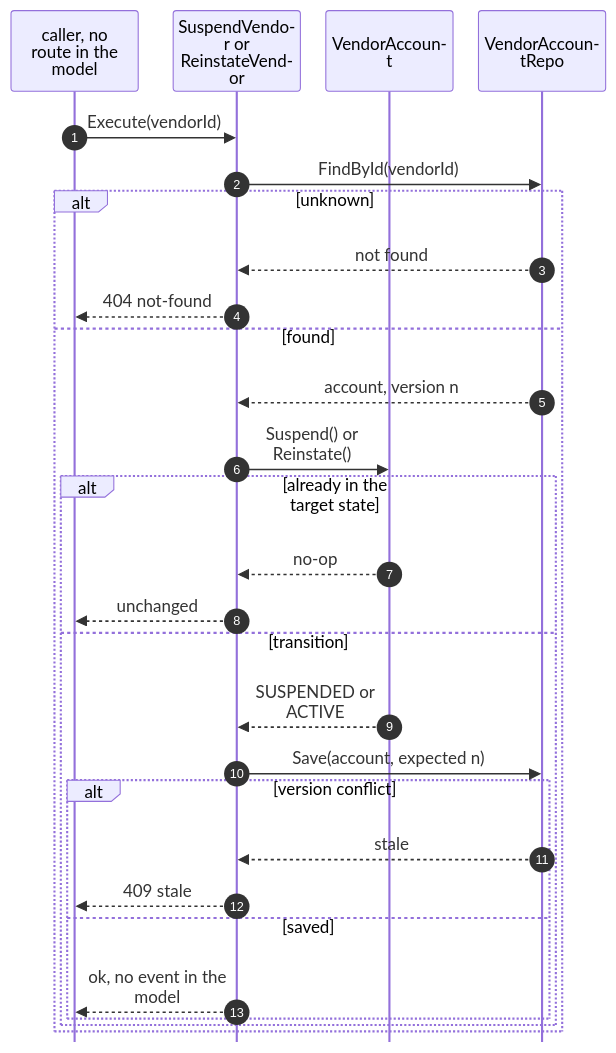
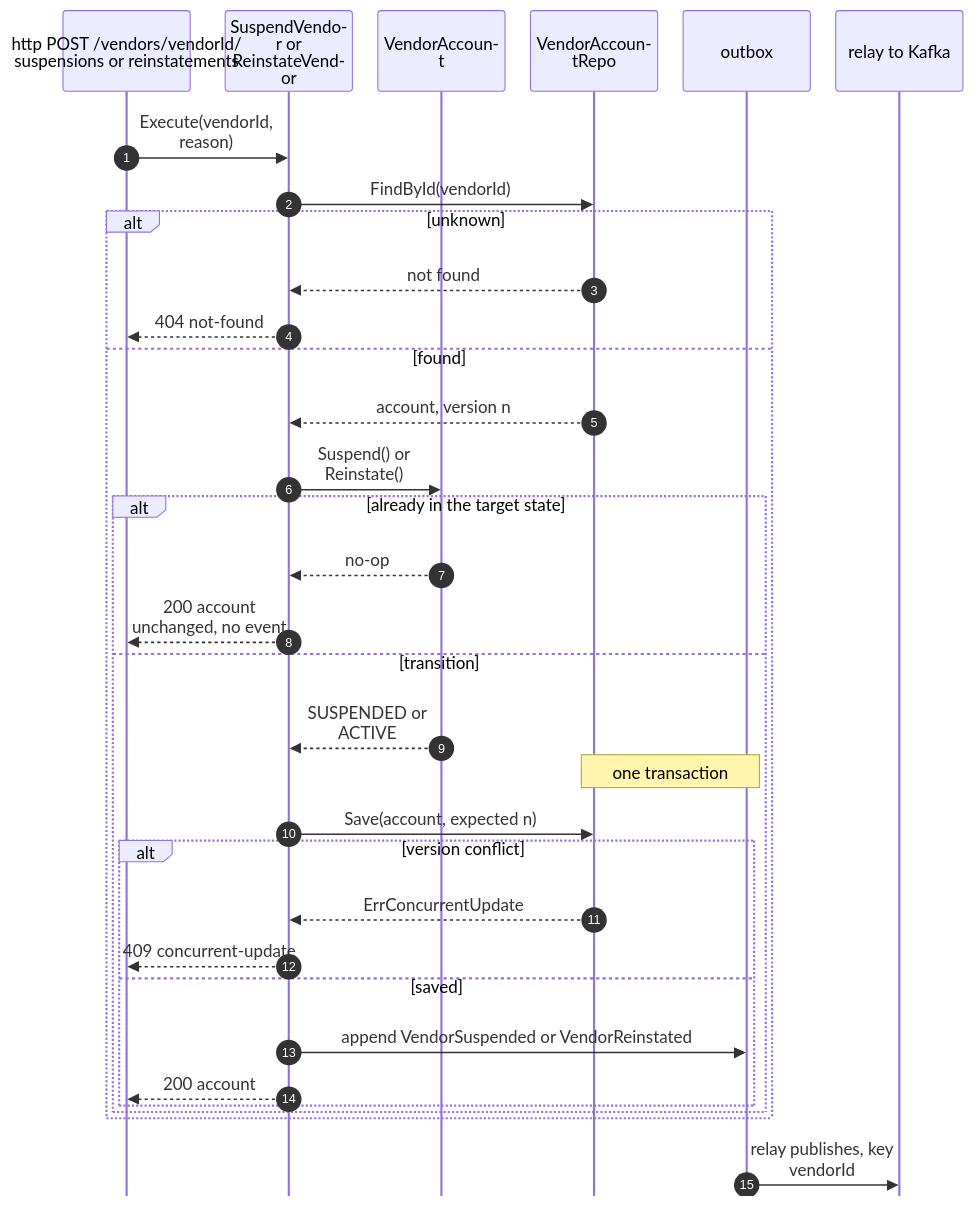
One commit to IQVO/warehouse-docs changed the second of 10 diagrams in network/docs/contexts/vendor-connectivity/sequence-diagrams.md. Above: the diagram before and after it, drawn with Mermaid. The commit also changed other lines of this file and 7 other files, not shown here.

Commit message:
network(vendor-connectivity): align model and pack with service ADRs (vendor suspension routes/events/409, shared slugs, profile consumed for ackBy, status last-delivered-wins, cancel and label-outage errors); regenerate event standard

````diff
--- a/network/docs/contexts/vendor-connectivity/sequence-diagrams.md
+++ b/network/docs/contexts/vendor-connectivity/sequence-diagrams.md
@@ -72,31 +72,36 @@
 ```mermaid
 %%{init: {"sequence": {"wrap": true, "width": 120, "actorMargin": 24, "messageMargin": 28, "boxMargin": 6, "noteMargin": 6, "mirrorActors": false}}}%%
 sequenceDiagram
     autonumber
-    participant C as caller, no route in the model
+    participant C as http POST /vendors/vendorId/<br/>suspensions or reinstatements
     participant UC as SuspendVendor or ReinstateVendor
     participant A as VendorAccount
     participant R as VendorAccountRepo
-    C->>UC: Execute(vendorId)
+    participant OB as outbox
+    participant K as relay to Kafka
+    C->>UC: Execute(vendorId, reason)
     UC->>R: FindById(vendorId)
     alt unknown
         R-->>UC: not found
         UC-->>C: 404 not-found
     else found
         R-->>UC: account, version n
         UC->>A: Suspend() or Reinstate()
         alt already in the target state
             A-->>UC: no-op
-            UC-->>C: unchanged
+            UC-->>C: 200 account unchanged, no event
         else transition
             A-->>UC: SUSPENDED or ACTIVE
+            Note over R,OB: one transaction
             UC->>R: Save(account, expected n)
             alt version conflict
-                R-->>UC: stale
-                UC-->>C: 409 stale
+                R-->>UC: ErrConcurrentUpdate
+                UC-->>C: 409 concurrent-update
             else saved
-                UC-->>C: ok, no event in the model
+                UC->>OB: append VendorSuspended or VendorReinstated
+                UC-->>C: 200 account
             end
         end
     end
+    OB->>K: relay publishes, key vendorId
 ```
````
